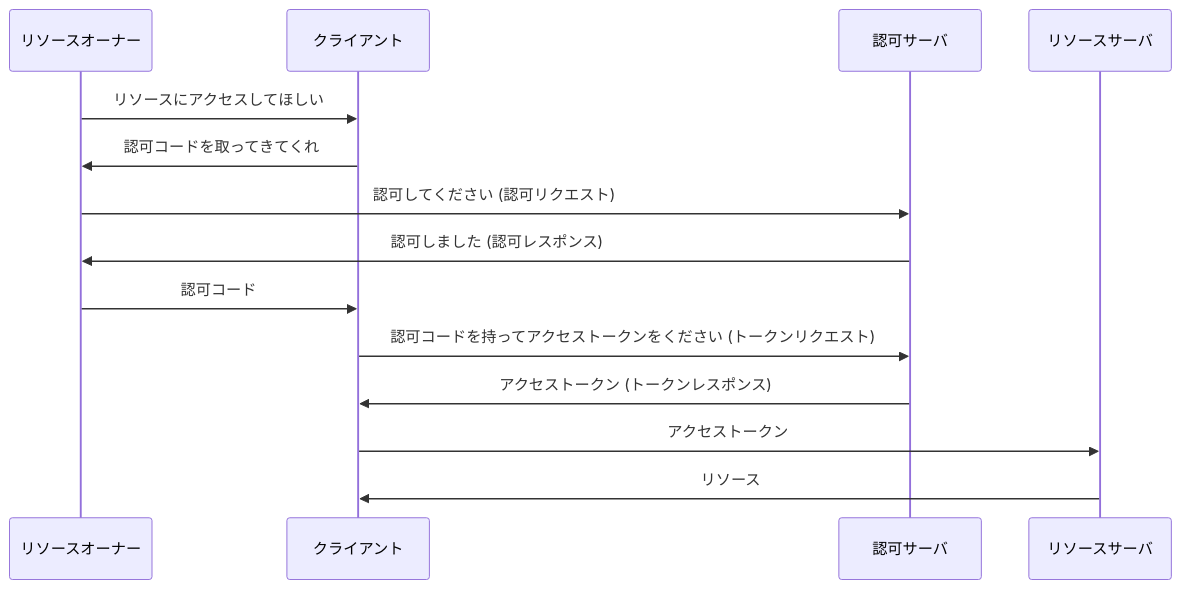
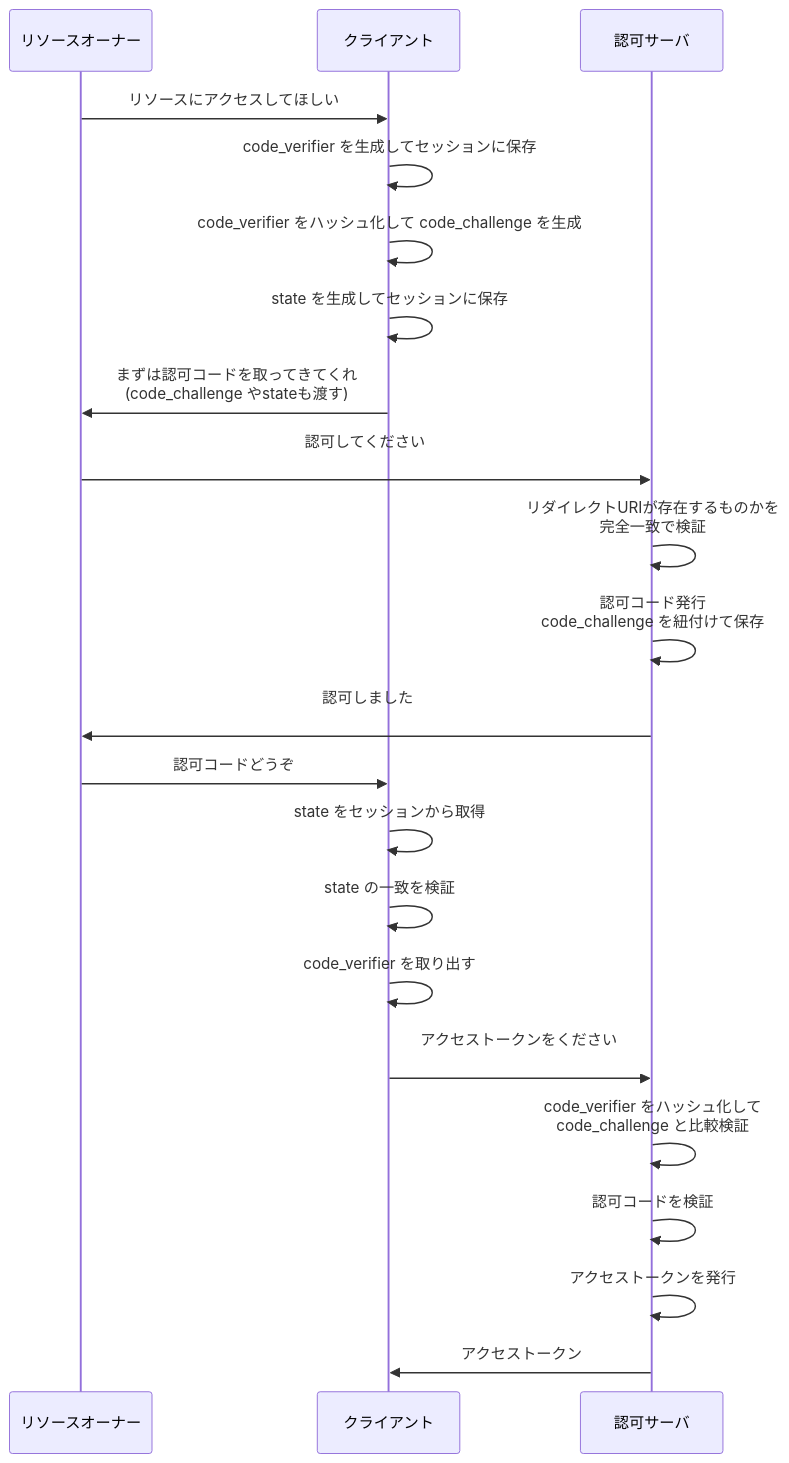
Before and after one commit to calloc134/zenn-dir: diagram 15 of 18 in articles/5e8da6c491e720.md, drawn with Mermaid. The commit also changed other lines of this file, not shown here.

````diff
--- a/articles/5e8da6c491e720.md
+++ b/articles/5e8da6c491e720.md
@@ -1328,17 +1331,25 @@
 ```mermaid
 sequenceDiagram
     participant リソースオーナー
     participant クライアント
     participant 認可サーバ
-    participant リソースサーバ
 
     リソースオーナー->>クライアント: リソースにアクセスしてほしい
-    クライアント->>リソースオーナー: 認可コードを取ってきてくれ
-    リソースオーナー->>認可サーバ: 認可してください (認可リクエスト)
-    認可サーバ->>リソースオーナー: 認可しました (認可レスポンス)
-    リソースオーナー->>クライアント: 認可コード
-    クライアント->>認可サーバ: 認可コードを持ってアクセストークンをください (トークンリクエスト)
-    認可サーバ->>クライアント: アクセストークン (トークンレスポンス)
-    クライアント->>リソースサーバ: アクセストークン
-    リソースサーバ->>クライアント: リソース
+    クライアント->>クライアント: code_verifier を生成してセッションに保存
+    クライアント->>クライアント: code_verifier をハッシュ化して code_challenge を生成
+    クライアント->>クライアント: state を生成してセッションに保存
+    クライアント->>リソースオーナー: まずは認可コードを取ってきてくれ<br>(code_challenge やstateも渡す)
+    リソースオーナー->>認可サーバ: 認可してください<br>
+    認可サーバ->>認可サーバ: リダイレクトURIが存在するものかを<br>完全一致で検証
+    認可サーバ->>認可サーバ: 認可コード発行<br>code_challenge を紐付けて保存
+    認可サーバ->>リソースオーナー: 認可しました<br>
+    リソースオーナー->>クライアント: 認可コードどうぞ
+    クライアント->>クライアント: state をセッションから取得
+    クライアント->>クライアント: state の一致を検証
+    クライアント->>クライアント: code_verifier を取り出す
+    クライアント->>認可サーバ: アクセストークンをください<br>
+    認可サーバ->>認可サーバ: code_verifier をハッシュ化して<br>code_challenge と比較検証
+    認可サーバ->>認可サーバ: 認可コードを検証
+    認可サーバ->>認可サーバ: アクセストークンを発行
+    認可サーバ->>クライアント: アクセストークン
 ```
````
